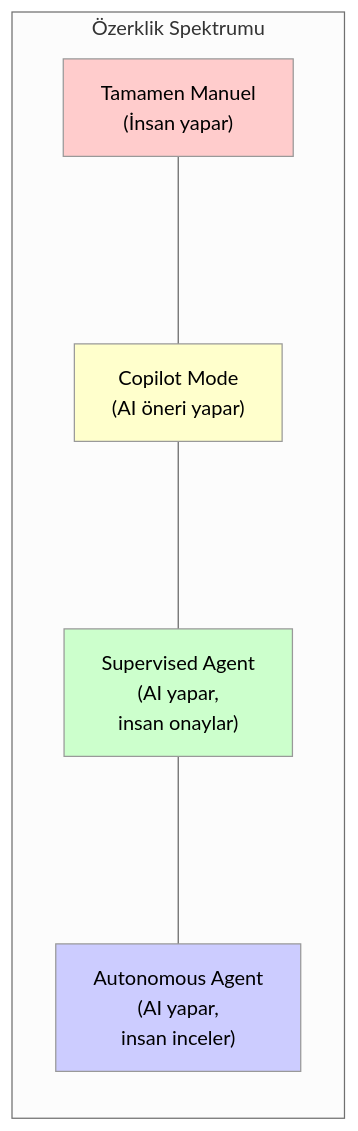
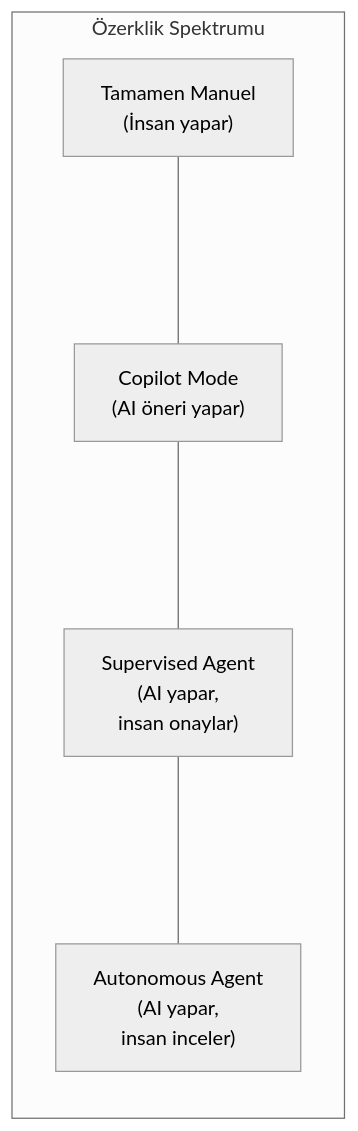
Before and after one commit to IzzetYasinAtes/ClaudeCodeHandbook: the ninth of 9 diagrams in 04-ai-destekli-gelistirme/02-ai-agent-ve-agentic-workflow.md, drawn with Mermaid (neutral theme). The commit also changed other lines of this file and 97 other files, not shown here.

Commit message:
Remove all custom Mermaid style/fill colors from 98 markdown files for consistent dark theme rendering

````diff
--- a/04-ai-destekli-gelistirme/02-ai-agent-ve-agentic-workflow.md
+++ b/04-ai-destekli-gelistirme/02-ai-agent-ve-agentic-workflow.md
@@ -454,11 +441,7 @@
 ```mermaid
 flowchart LR
     subgraph spectrum ["Özerklik Spektrumu"]
         A["Tamamen Manuel<br/>(İnsan yapar)"] ---- B["Copilot Mode<br/>(AI öneri yapar)"] ---- C["Supervised Agent<br/>(AI yapar,<br/>insan onaylar)"] ---- D["Autonomous Agent<br/>(AI yapar,<br/>insan inceler)"]
     end
 
-    style A fill:#ffcccc
-    style B fill:#ffffcc
-    style C fill:#ccffcc
-    style D fill:#ccccff
 ```
````
